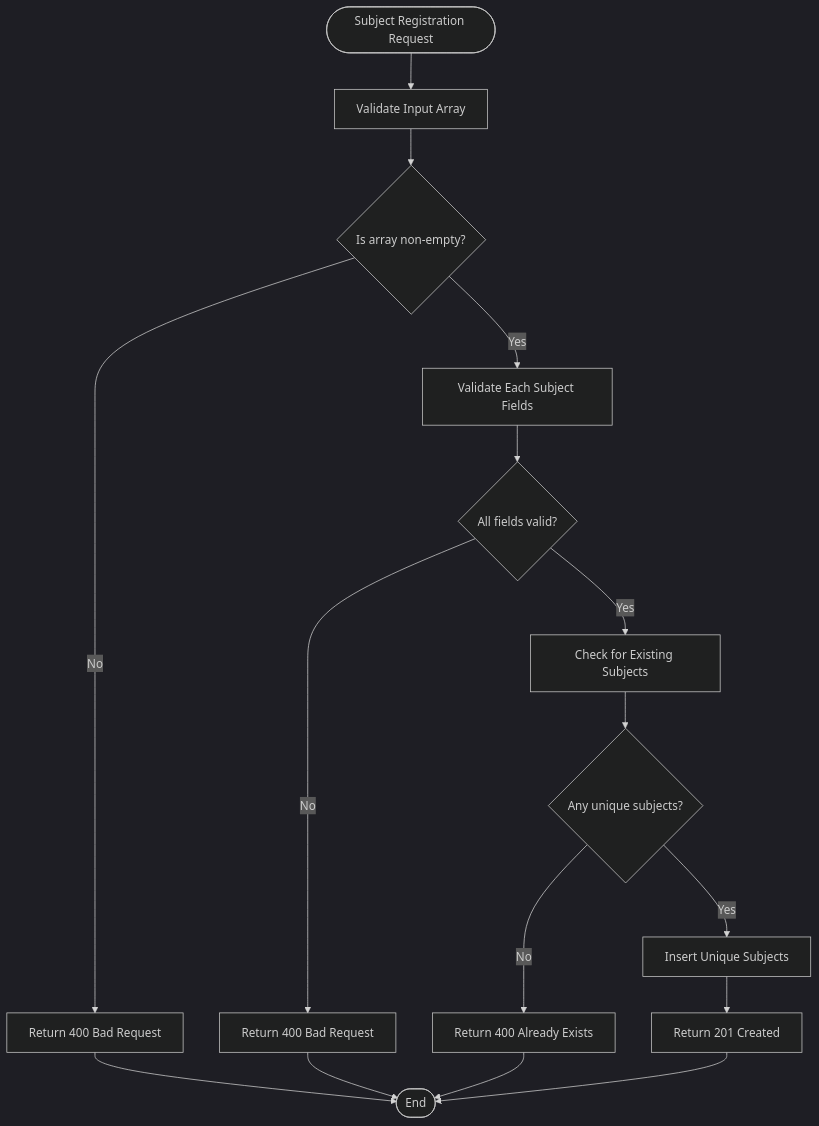
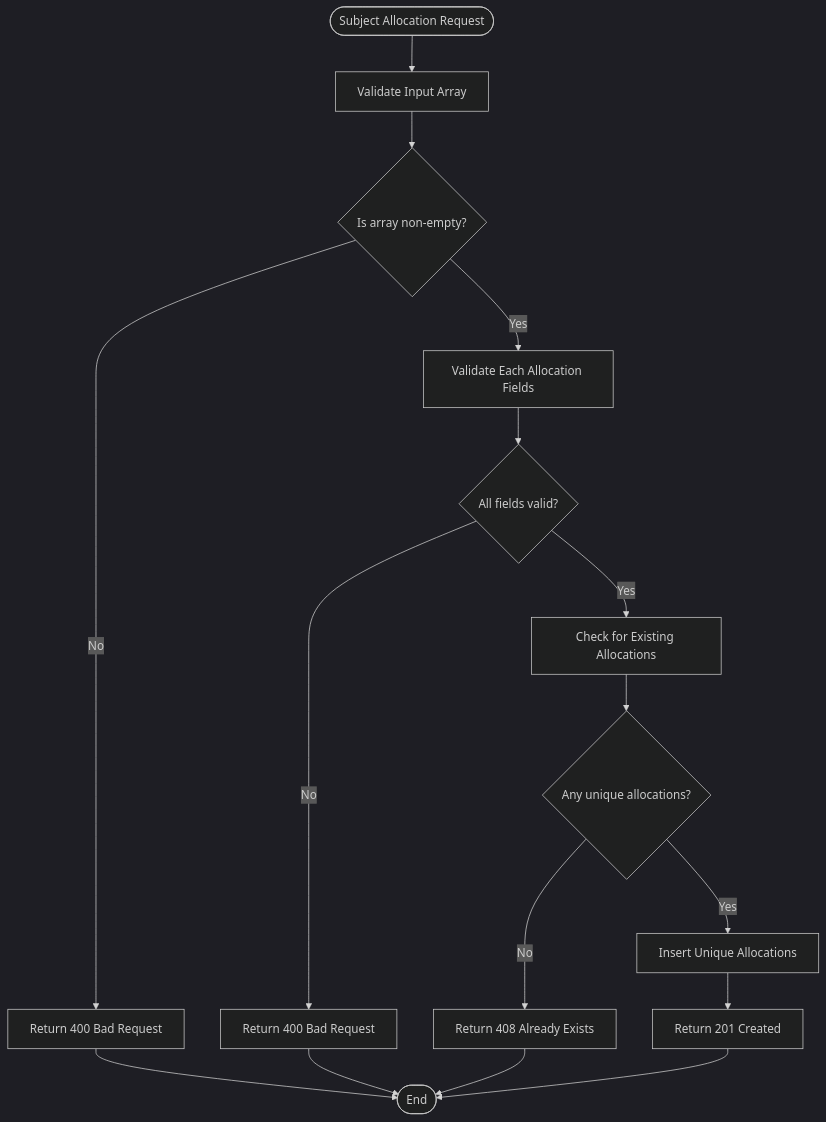
One commit to Aryan9060/Timetable-Project changed the fourth of 6 diagrams in .qoder/repowiki/en/content/API Reference/Master Data Endpoints/Course & Subject Management Endpoints.md. Above: the diagram before and after it, drawn with Mermaid (dark theme). The commit also changed other lines of this file and 15 other files, not shown here.

````diff
--- a/.qoder/repowiki/en/content/API Reference/Master Data Endpoints/Course & Subject Management Endpoints.md
+++ b/.qoder/repowiki/en/content/API Reference/Master Data Endpoints/Course & Subject Management Endpoints.md
@@ -325,18 +383,18 @@
 ```mermaid
 flowchart TD
-Start([Subject Registration Request]) --> ValidateInput["Validate Input Array"]
-ValidateInput --> ArrayValid{"Is array non-empty?"}
+Start([Subject Allocation Request]) --> ValidateArray["Validate Input Array"]
+ValidateArray --> ArrayValid{"Is array non-empty?"}
 ArrayValid --> |No| Return400["Return 400 Bad Request"]
-ArrayValid --> |Yes| ValidateFields["Validate Each Subject Fields"]
+ArrayValid --> |Yes| ValidateFields["Validate Each Allocation Fields"]
 ValidateFields --> FieldsValid{"All fields valid?"}
 FieldsValid --> |No| Return400b["Return 400 Bad Request"]
-FieldsValid --> |Yes| CheckDuplicates["Check for Existing Subjects"]
-CheckDuplicates --> HasUnique{"Any unique subjects?"}
-HasUnique --> |No| Return400c["Return 400 Already Exists"]
-HasUnique --> |Yes| InsertSubjects["Insert Unique Subjects"]
-InsertSubjects --> Return201["Return 201 Created"]
+FieldsValid --> |Yes| CheckDuplicates["Check for Existing Allocations"]
+CheckDuplicates --> HasUnique{"Any unique allocations?"}
+HasUnique --> |No| Return408["Return 408 Already Exists"]
+HasUnique --> |Yes| InsertAllocations["Insert Unique Allocations"]
+InsertAllocations --> Return201["Return 201 Created"]
 Return400 --> End([End])
 Return400b --> End
-Return400c --> End
+Return408 --> End
 Return201 --> End
 ```
````
